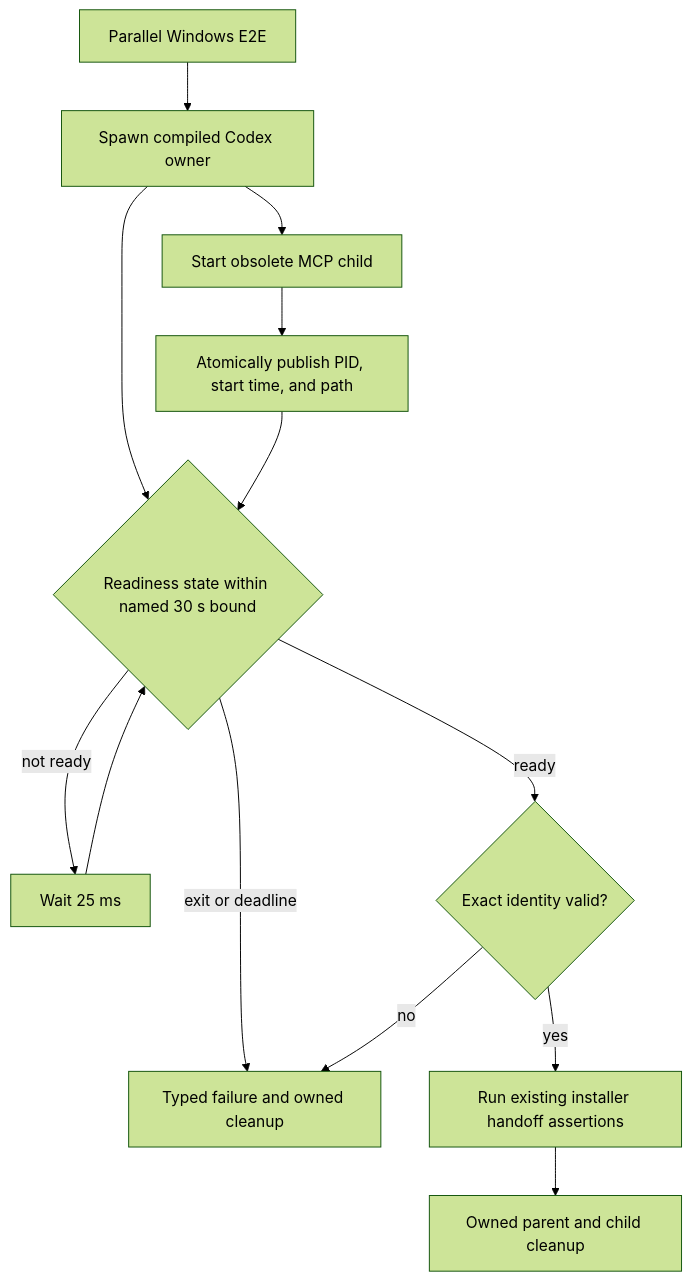
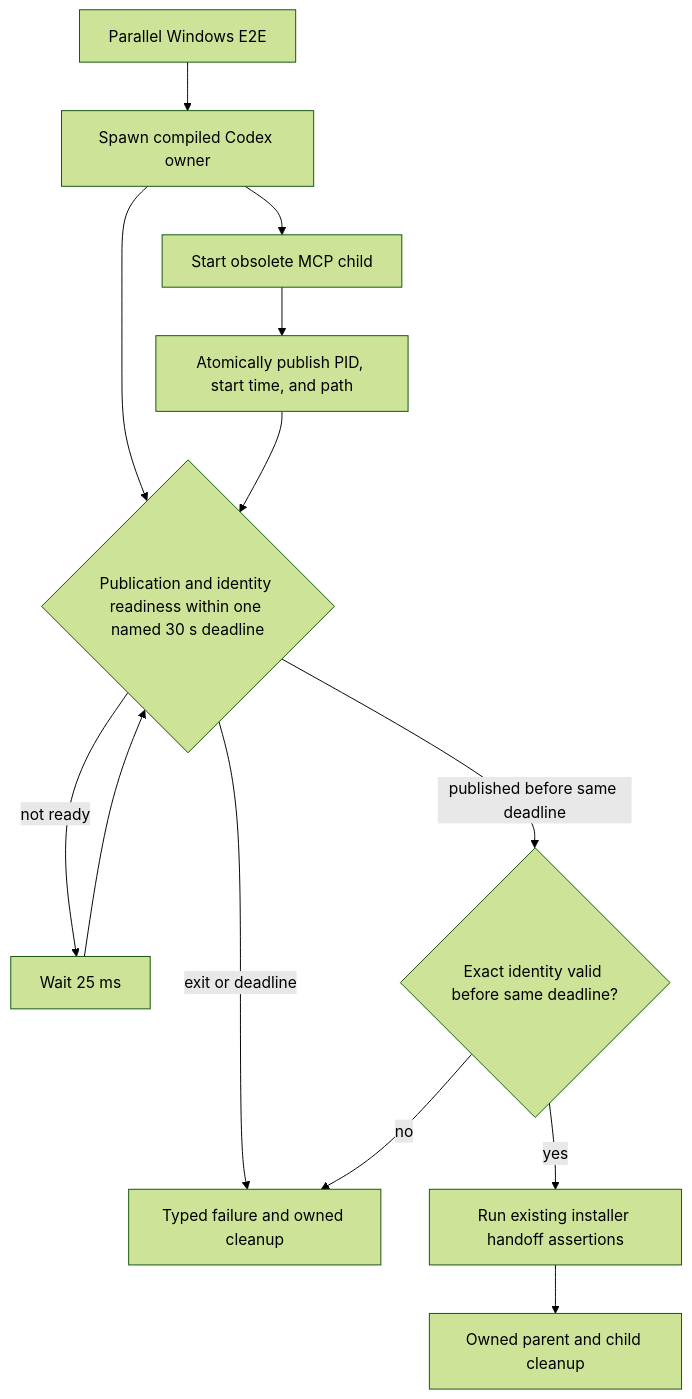
Before and after one commit to styler-ai/ProjectAtlas: diagram 23 of 28 in docs/v050-release-architecture.md, drawn with Mermaid (forest theme). The commit also changed 2 other files, not shown here.

Commit message:
test(windows): enforce one owner readiness deadline (#518)
Refs #518

````diff
--- a/docs/v050-release-architecture.md
+++ b/docs/v050-release-architecture.md
@@ -348,15 +348,15 @@
 ```mermaid
 flowchart TB
     suite[Parallel Windows E2E] --> owner[Spawn compiled Codex owner]
     owner --> child[Start obsolete MCP child]
     child --> publish[Atomically publish PID, start time, and path]
-    owner --> poll{Readiness state within named 30 s bound}
+    owner --> poll{Publication and identity readiness within one named 30 s deadline}
     publish --> poll
     poll -->|exit or deadline| fail[Typed failure and owned cleanup]
     poll -->|not ready| pause[Wait 25 ms]
     pause --> poll
-    poll -->|ready| validate{Exact identity valid?}
+    poll -->|published before same deadline| validate{Exact identity valid before same deadline?}
     validate -->|no| fail
     validate -->|yes| installer[Run existing installer handoff assertions]
     installer --> cleanup[Owned parent and child cleanup]
 ```
````
